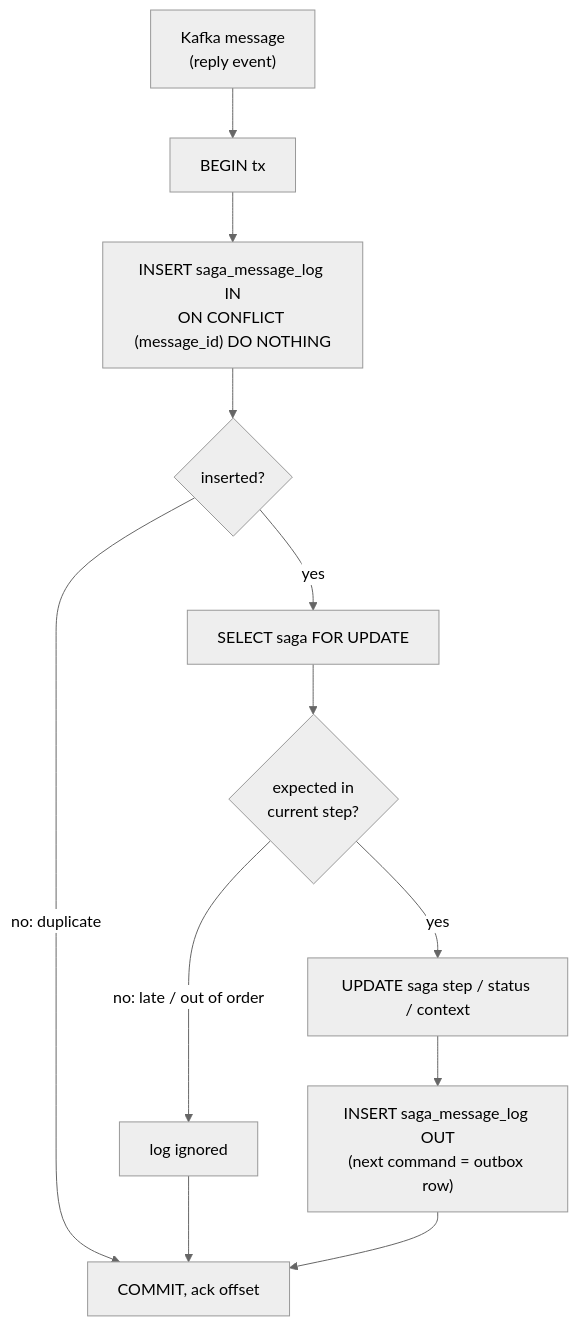
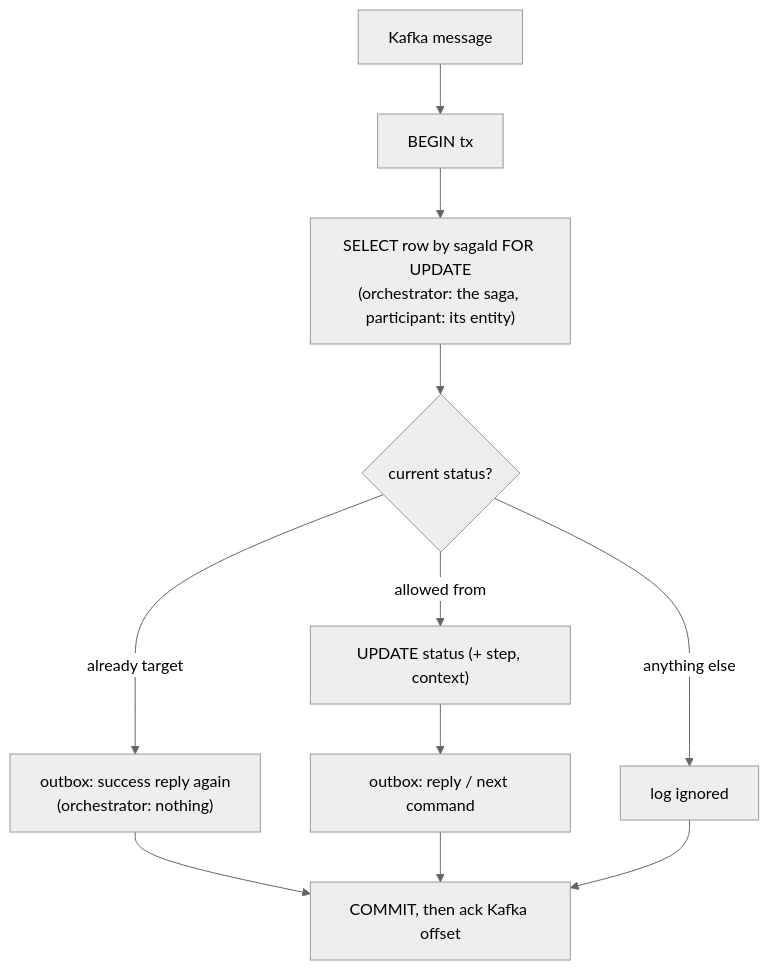
Before and after one commit to TranQuangPhong/hotel-booking-hexagon: the fifth of 5 diagrams in doc/uc1-create-booking/flows.md, drawn with Mermaid (neutral theme). The commit also changed other lines of this file and 12 other files, not shown here.

````diff
--- a/doc/uc1-create-booking/flows.md
+++ b/doc/uc1-create-booking/flows.md
@@ -193,13 +148,12 @@
 ```mermaid
 flowchart TD
-    M["Kafka message<br/>(reply event)"] --> T["BEGIN tx"]
-    T --> I["INSERT saga_message_log IN<br/>ON CONFLICT (message_id) DO NOTHING"]
-    I --> D{"inserted?"}
-    D -- "no: duplicate" --> CM["COMMIT, ack offset"]
-    D -- "yes" --> L["SELECT saga FOR UPDATE"]
-    L --> V{"expected in<br/>current step?"}
-    V -- "no: late / out of order" --> G["log ignored"] --> CM
-    V -- "yes" --> U["UPDATE saga step / status / context"]
-    U --> OB["INSERT saga_message_log OUT<br/>(next command = outbox row)"]
+    M["Kafka message"] --> T["BEGIN tx"]
+    T --> L["SELECT row by sagaId FOR UPDATE<br/>(orchestrator: the saga, participant: its entity)"]
+    L --> X{"current status?"}
+    X -- "already target" --> RE["outbox: success reply again<br/>(orchestrator: nothing)"]
+    X -- "allowed from" --> U["UPDATE status (+ step, context)"] --> OB["outbox: reply / next command"]
+    X -- "anything else" --> IG["log ignored"]
+    RE --> CM["COMMIT, then ack Kafka offset"]
     OB --> CM
+    IG --> CM
 ```
````
